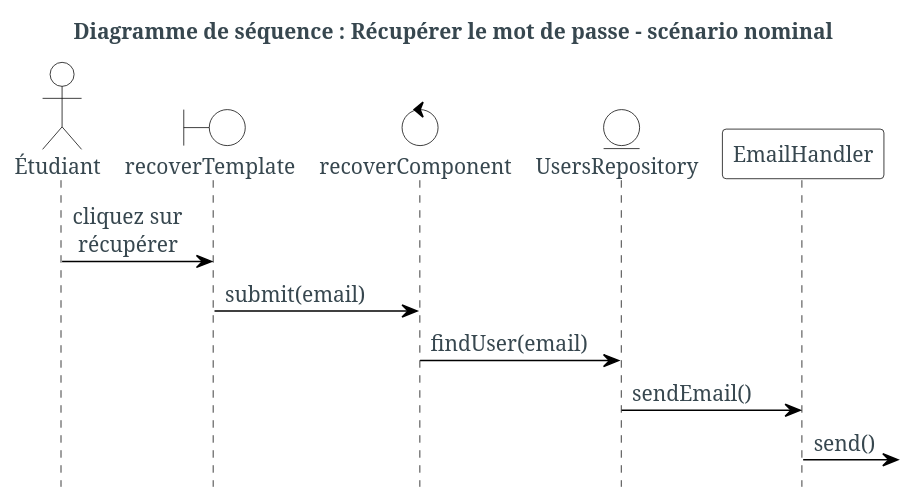
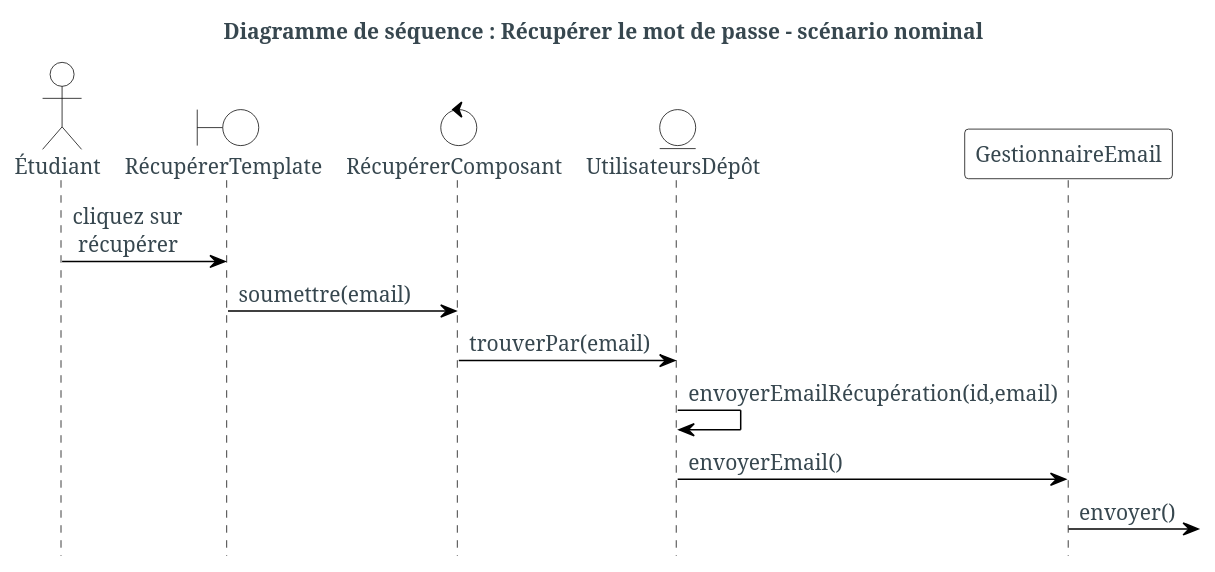
The diagram in diagrammes/src/sequences/recover.puml (assimhabeek/memoire), drawn with PlantUML before and after one commit. The commit also changed 16 other files, not shown here.

```diff
--- a/diagrammes/src/sequences/recover.puml
+++ b/diagrammes/src/sequences/recover.puml
@@ -1,40 +1,41 @@
 @startuml
 skinparam backgroundColor #fff
 skinparam defaultFontColor #37474f
 skinparam defaultFontSize 14
 skinparam defaultFontName serif
 skinparam defaultFontStyle bold
 skinparam actorBackgroundColor #fff
 skinparam actorBorderColor #000
 skinparam boundaryBackgroundColor #fff
 skinparam boundaryBorderColor #000
 skinparam controlBackgroundColor #fff
 skinparam controlBorderColor #000
 skinparam entityBackgroundColor #fff
 skinparam entityBorderColor #000
 skinparam participantBackgroundColor #fff
 skinparam participantBorderColor #000
 skinparam ArrowColor #000
 skinparam sequenceLifeLineBorderColor #000
 skinparam sequenceBoxBorderColor #FFF
 skinparam ParticipantPadding -80
 
 title Diagramme de séquence : Récupérer le mot de passe - scénario nominal
 
 hide footbox
 
 
 actor Étudiant as student
 
-boundary recoverTemplate
-control recoverComponent
-entity UsersRepository
-participant EmailHandler
+boundary RécupérerTemplate
+control RécupérerComposant
+entity UtilisateursDépôt
+participant GestionnaireEmail
 
-student ->  recoverTemplate : cliquez sur\n récupérer
-recoverTemplate -> recoverComponent : submit(email)
-recoverComponent -> UsersRepository : findUser(email)
-UsersRepository -> EmailHandler: sendEmail()
-EmailHandler ->]: send()
+student ->  RécupérerTemplate : cliquez sur\n récupérer
+RécupérerTemplate -> RécupérerComposant : soumettre(email)
+RécupérerComposant -> UtilisateursDépôt : trouverPar(email)
+UtilisateursDépôt -> UtilisateursDépôt : envoyerEmailRécupération(id,email)
+UtilisateursDépôt -> GestionnaireEmail: envoyerEmail()
+GestionnaireEmail ->]: envoyer()
 
 @enduml
```
